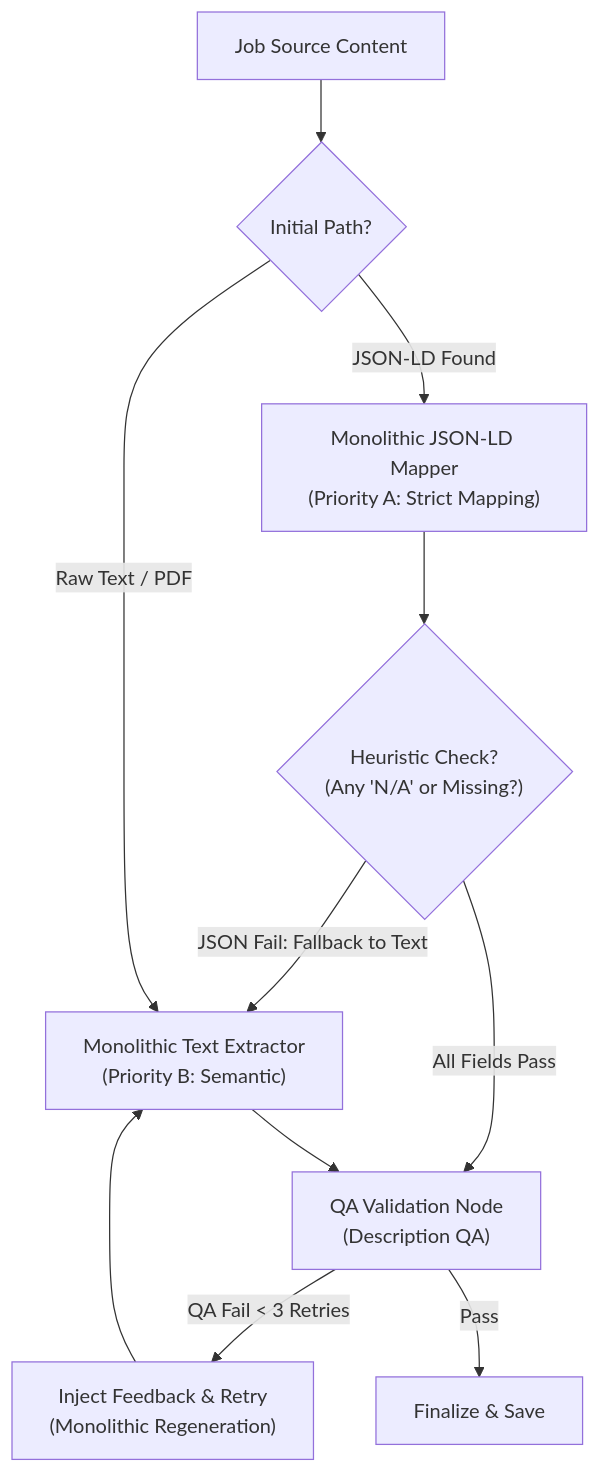
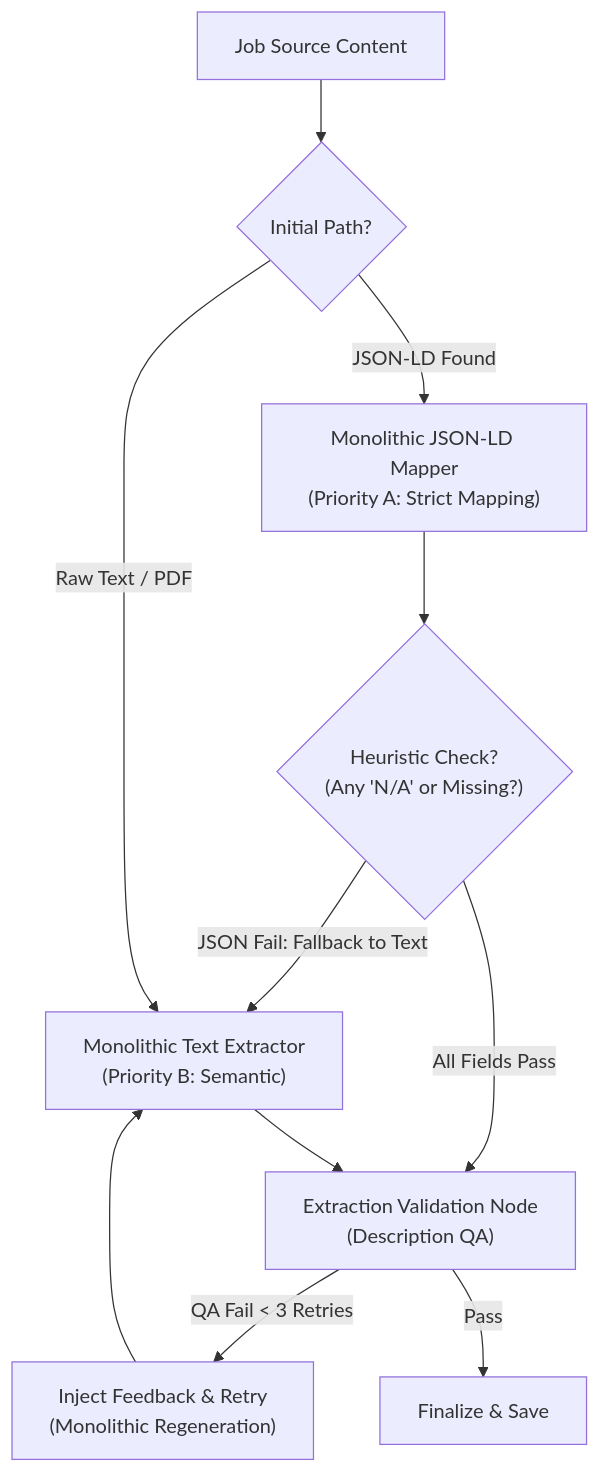
The first of 2 diagrams in backend/README.md (yicheinchang/lard), drawn with Mermaid before and after one commit. The commit also changed other lines of this file and 4 other files, not shown here.

Commit message:
fix(ai): rename description_validator_node to extraction_validator_node for clarity

````diff
--- a/backend/README.md
+++ b/backend/README.md
@@ -65,21 +65,21 @@
 ```mermaid
 graph TD
     Source["Job Source Content"] --> Mode{"Initial Path?"}
     
     
     
     Mode -- "JSON-LD Found" --> Mapper["Monolithic JSON-LD Mapper<br/>(Priority A: Strict Mapping)"]
     Mapper --> Heuristic{"Heuristic Check?<br/>(Any 'N/A' or Missing?)"}
     
     Heuristic -- "JSON Fail: Fallback to Text" --> Extractor
-    Heuristic -- "All Fields Pass" --> QA["QA Validation Node<br/>(Description QA)"]
+    Heuristic -- "All Fields Pass" --> QA["Extraction Validation Node<br/>(Description QA)"]
     
     Extractor --> QA
     
     QA -- "QA Fail < 3 Retries" --> Retry["Inject Feedback & Retry<br/>(Monolithic Regeneration)"]
     Retry --> Extractor
     
     QA -- "Pass" --> Final["Finalize & Save"]
 
     Mode -- "Raw Text / PDF" --> Extractor["Monolithic Text Extractor<br/>(Priority B: Semantic)"]
 ```
````
